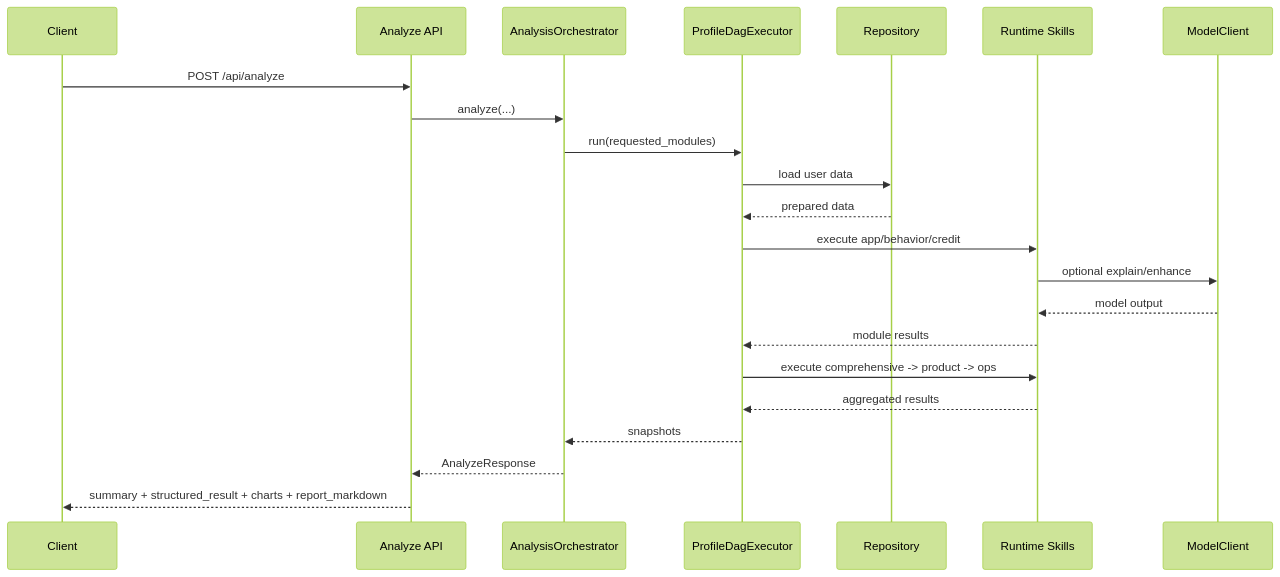
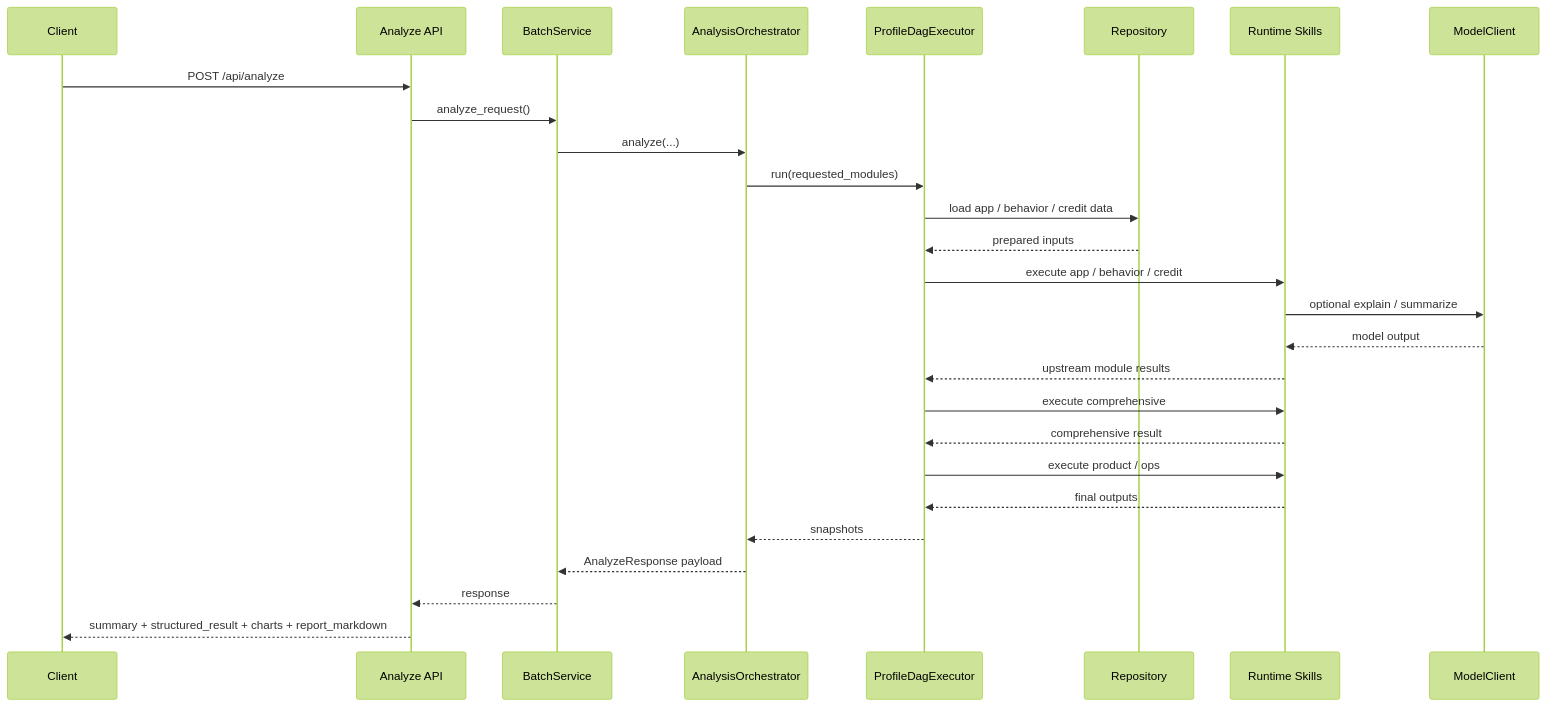
Before and after one commit to lizheng33193/CHORD: the second of 10 diagrams in README.md, drawn with Mermaid (forest theme). The commit also changed other lines of this file, not shown here.

````diff
--- a/README.md
+++ b/README.md
@@ -115,25 +603,30 @@
 ```mermaid
 sequenceDiagram
   participant Client as Client
   participant API as Analyze API
+  participant Batch as BatchService
   participant Orch as AnalysisOrchestrator
   participant DAG as ProfileDagExecutor
   participant Repo as Repository
   participant Skills as Runtime Skills
-  participant LLM as ModelClient
+  participant Model as ModelClient
 
   Client->>API: POST /api/analyze
-  API->>Orch: analyze(...)
+  API->>Batch: analyze_request()
+  Batch->>Orch: analyze(...)
   Orch->>DAG: run(requested_modules)
-  DAG->>Repo: load user data
-  Repo-->>DAG: prepared data
-  DAG->>Skills: execute app/behavior/credit
-  Skills->>LLM: optional explain/enhance
-  LLM-->>Skills: model output
-  Skills-->>DAG: module results
-  DAG->>Skills: execute comprehensive -> product -> ops
-  Skills-->>DAG: aggregated results
+  DAG->>Repo: load app / behavior / credit data
+  Repo-->>DAG: prepared inputs
+  DAG->>Skills: execute app / behavior / credit
+  Skills->>Model: optional explain / summarize
+  Model-->>Skills: model output
+  Skills-->>DAG: upstream module results
+  DAG->>Skills: execute comprehensive
+  Skills-->>DAG: comprehensive result
+  DAG->>Skills: execute product / ops
+  Skills-->>DAG: final outputs
   DAG-->>Orch: snapshots
-  Orch-->>API: AnalyzeResponse
+  Orch-->>Batch: AnalyzeResponse payload
+  Batch-->>API: response
   API-->>Client: summary + structured_result + charts + report_markdown
 ```
````
